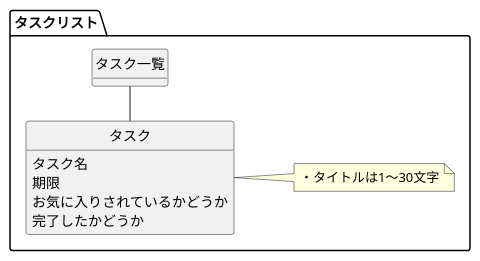
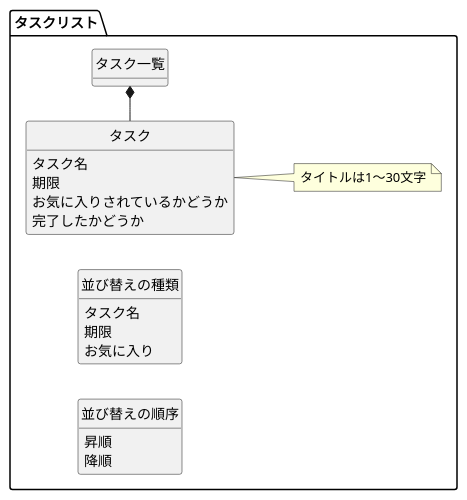
One commit to fumiakikobayashi/go-echo-rest-api-sample changed the diagram in document/ドメインモデル図.puml. Above: the diagram before and after it, drawn with PlantUML. The commit also changed 1 other file, not shown here.

```diff
--- a/document/ドメインモデル図.puml
+++ b/document/ドメインモデル図.puml
@@ -1,21 +1,34 @@
 @startuml
 left to right direction
 
 hide circle
 hide method
 
 package タスクリスト {
     class タスク一覧 {
+        並び替え(SortType, OrderType)
     }
 
     class タスク {
         タスク名
         期限
         お気に入りされているかどうか
         完了したかどうか
     }
-    note right: ・タイトルは1〜30文字
 
-    タスク - タスク一覧
+    note right: タイトルは1〜30文字
+
+    enum 並び替えの種類 {
+        タスク名
+        期限
+        お気に入り
+    }
+
+    enum 並び替えの順序 {
+        昇順
+        降順
+    }
+
+    タスク -* タスク一覧
 }
 @enduml
```
